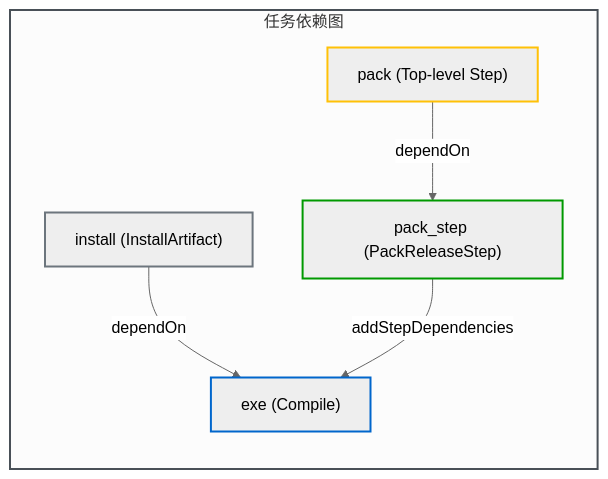
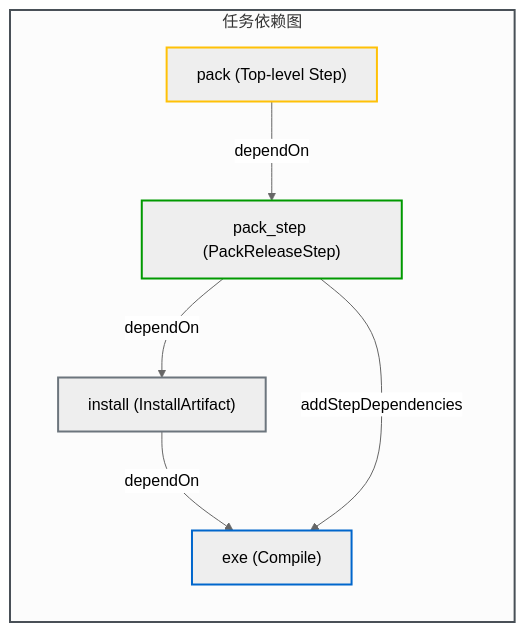
The second of 2 diagrams in zig-build/src/api/custom-steps.md (jiacai2050/x), drawn with Mermaid (neutral theme) before and after one commit. The commit also changed other lines of this file and 2 other files, not shown here.

First line of the commit message:
fix(examples): ensure output dir and install step

````diff
--- a/zig-build/src/api/custom-steps.md
+++ b/zig-build/src/api/custom-steps.md
@@ -191,19 +196,20 @@
 ```mermaid
 flowchart LR
     subgraph S_DAG ["任务依赖图"]
         Exe["exe (Compile)"]
         Install["install (InstallArtifact)"]
         Pack["pack_step (PackReleaseStep)"]
         TopPack["pack (Top-level Step)"]
 
         Install -- "dependOn" --> Exe
         Pack -- "addStepDependencies" --> Exe
+        Pack -- "dependOn" --> Install
         TopPack -- "dependOn" --> Pack
     end
 
     style S_DAG stroke:#495057,stroke-width:2px;
     style Exe stroke:#0066cc,stroke-width:2px;
     style Install stroke:#6c757d,stroke-width:2px;
     style Pack stroke:#009900,stroke-width:2px;
     style TopPack stroke:#ffc107,stroke-width:2px;
 ```
````
